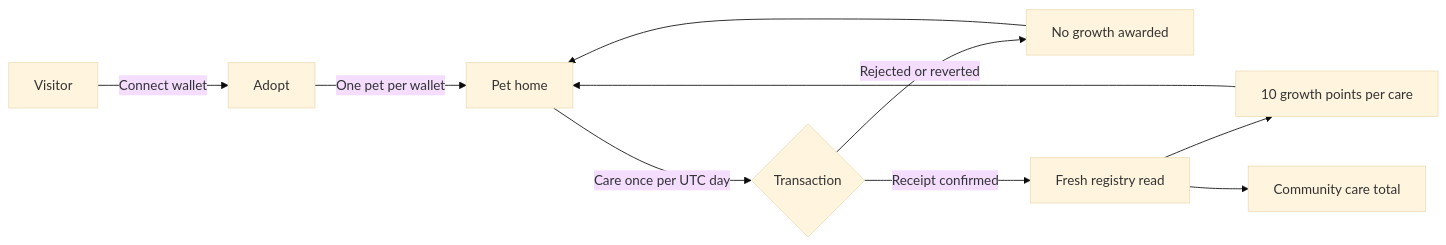
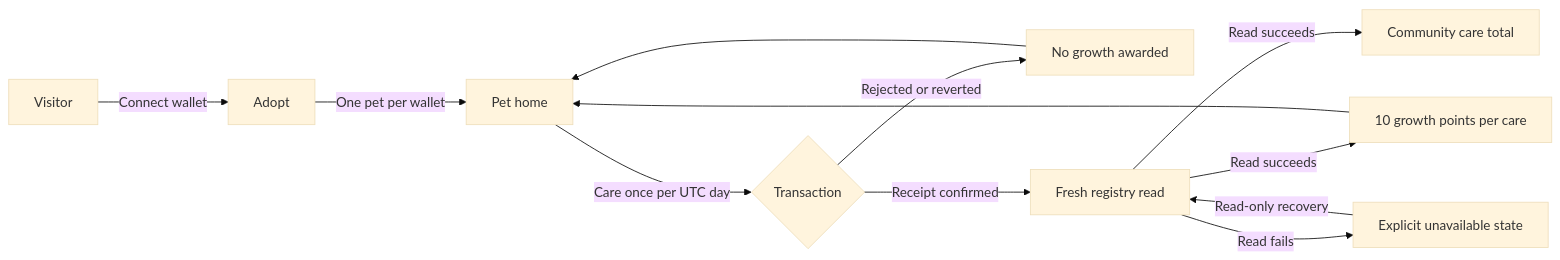
Before and after one commit to Chi944/memepet: the diagram in README.md, drawn with Mermaid (base theme). The commit also changed other lines of this file and 2 other files, not shown here.

````diff
--- a/README.md
+++ b/README.md
@@ -144,12 +131,14 @@
 ```mermaid
 flowchart LR
     A[Visitor] -->|Connect wallet| B[Adopt]
     B -->|One pet per wallet| C[Pet home]
     C -->|Care once per UTC day| D{Transaction}
     D -->|Rejected or reverted| E[No growth awarded]
     D -->|Receipt confirmed| F[Fresh registry read]
-    F --> G[10 growth points per care]
-    F --> H[Community care total]
+    F -->|Read succeeds| G[10 growth points per care]
+    F -->|Read succeeds| H[Community care total]
+    F -->|Read fails| I[Explicit unavailable state]
+    I -->|Read-only recovery| F
     E --> C
     G --> C
 ```
````
